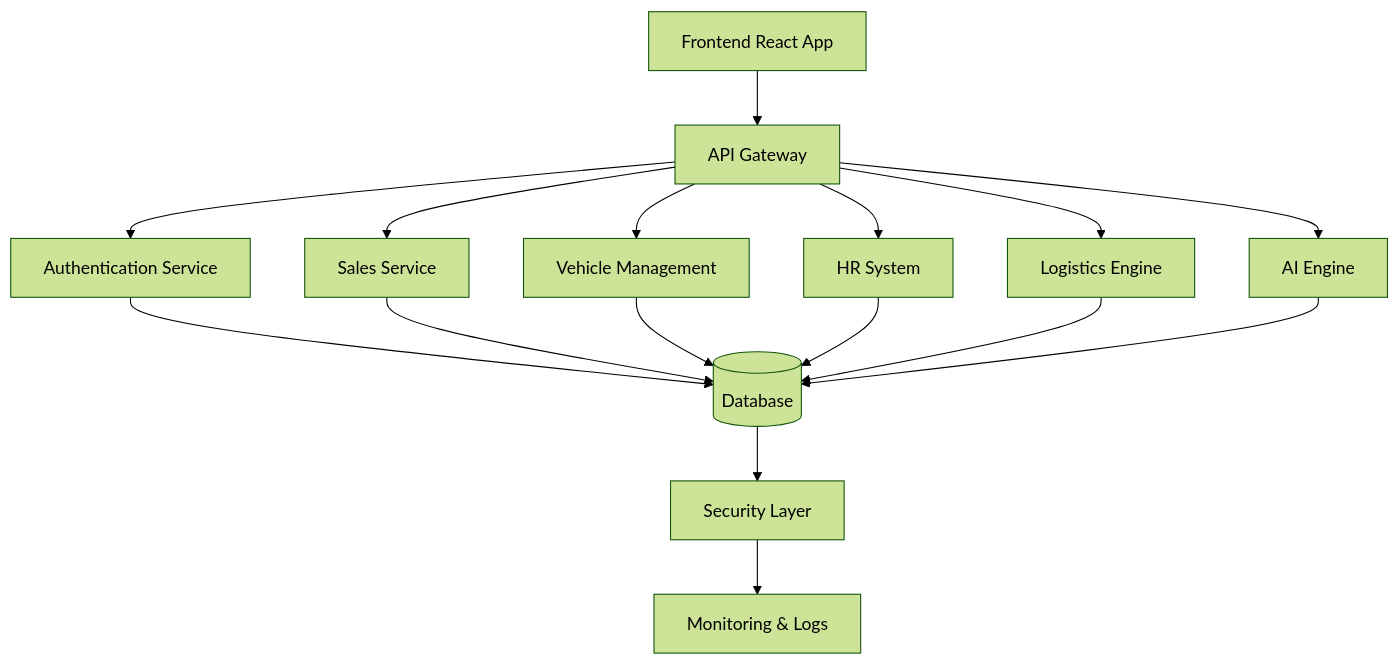
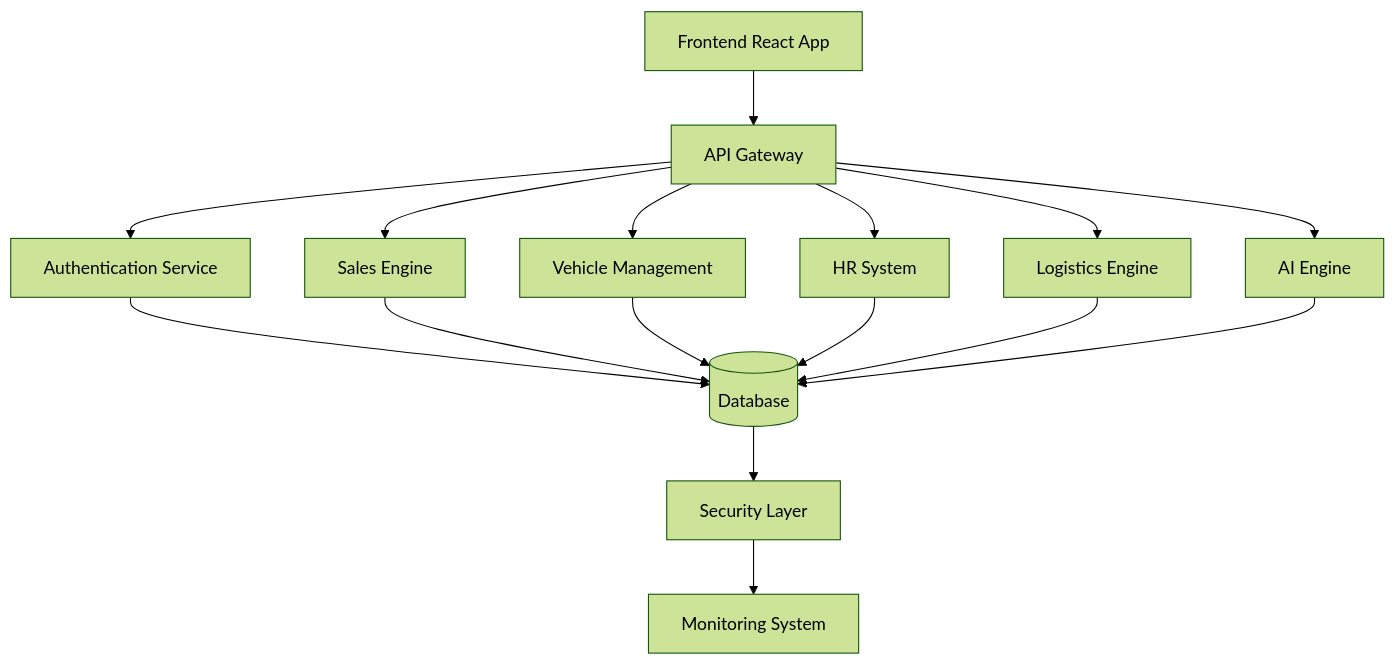
Before and after one commit to Daniwest-Tech-Ltd/justice-auto-haven: the sixth of 7 diagrams in README.md, drawn with Mermaid (forest theme). The commit also changed other lines of this file, not shown here.

````diff
--- a/README.md
+++ b/README.md
@@ -120,22 +153,21 @@
 ```mermaid
 flowchart TD
-
 A[Frontend React App] --> B[API Gateway]
 
 B --> C[Authentication Service]
-B --> D[Sales Service]
+B --> D[Sales Engine]
 B --> E[Vehicle Management]
 B --> F[HR System]
 B --> G[Logistics Engine]
 B --> H[AI Engine]
 
 C --> DB[(Database)]
 D --> DB
 E --> DB
 F --> DB
 G --> DB
 H --> DB
 
 DB --> I[Security Layer]
-I --> J[Monitoring & Logs]
+I --> J[Monitoring System]
 ```
````
